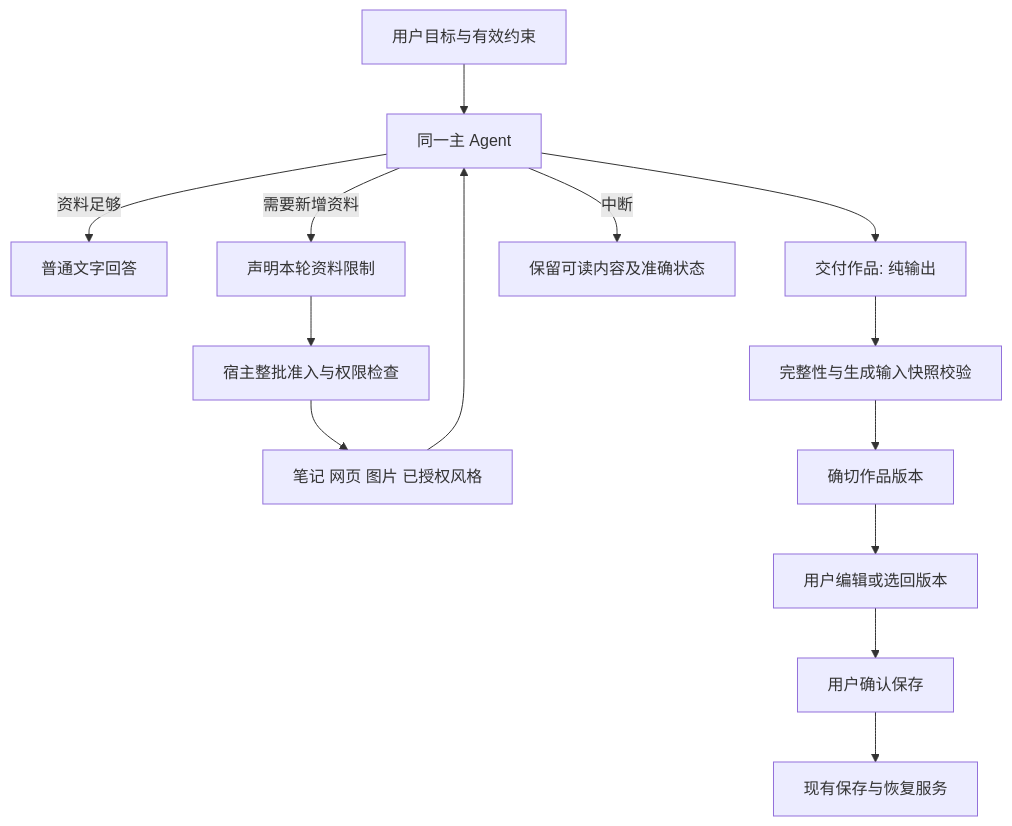
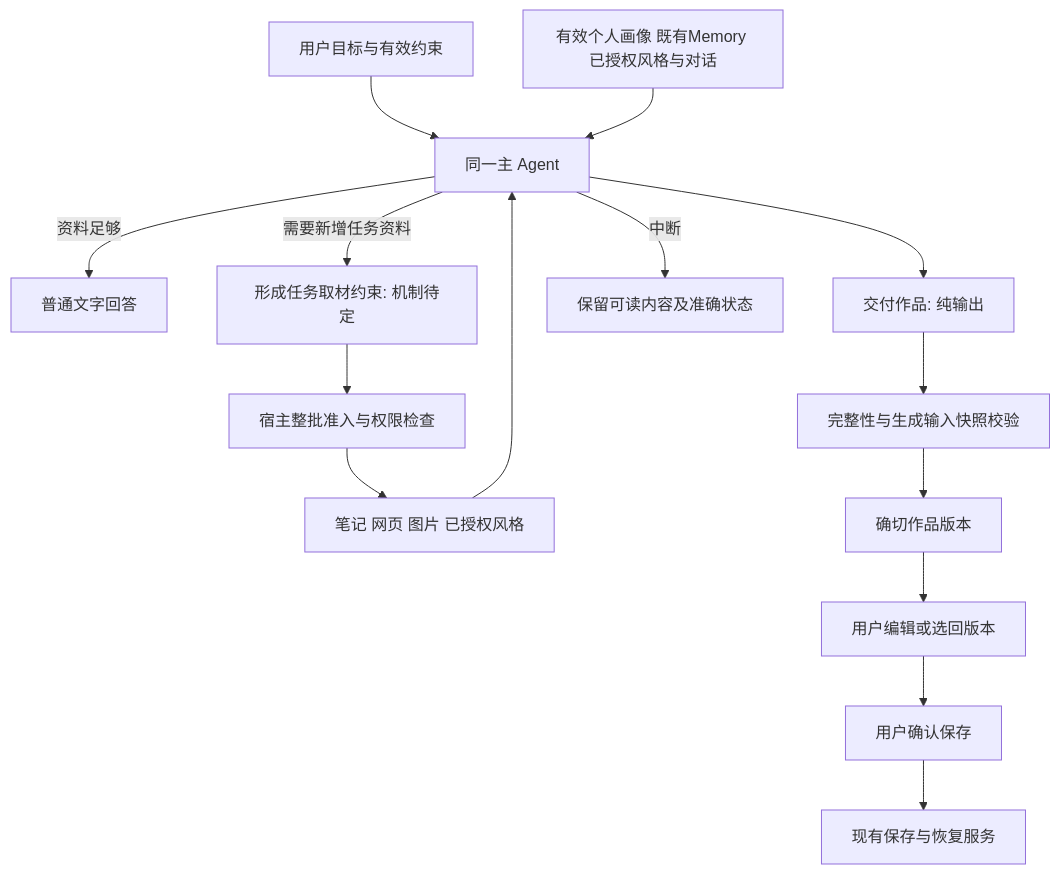
The diagram in docs/development/discovery/pa-agent-unified-task-execution.md (edonyzpc/personal-assistant), drawn with Mermaid before and after one commit. The commit also changed other lines of this file and 19 other files, not shown here.

````diff
--- a/docs/development/discovery/pa-agent-unified-task-execution.md
+++ b/docs/development/discovery/pa-agent-unified-task-execution.md
@@ -135,16 +159,17 @@
 ```mermaid
 flowchart TD
     U[用户目标与有效约束] --> A[同一主 Agent]
+    P0[有效个人画像 既有Memory 已授权风格与对话] --> A
     A -->|资料足够| T[普通文字回答]
-    A -->|需要新增资料| S[声明本轮资料限制]
+    A -->|需要新增任务资料| S[形成任务取材约束: 机制待定]
     S --> G[宿主整批准入与权限检查]
     G --> C[笔记 网页 图片 已授权风格]
     C --> A
     A --> O[交付作品: 纯输出]
     O --> V[完整性与生成输入快照校验]
     V --> W[确切作品版本]
     W --> E[用户编辑或选回版本]
     E --> P[用户确认保存]
     P --> F[现有保存与恢复服务]
     A -->|中断| R[保留可读内容及准确状态]
 ```
````
